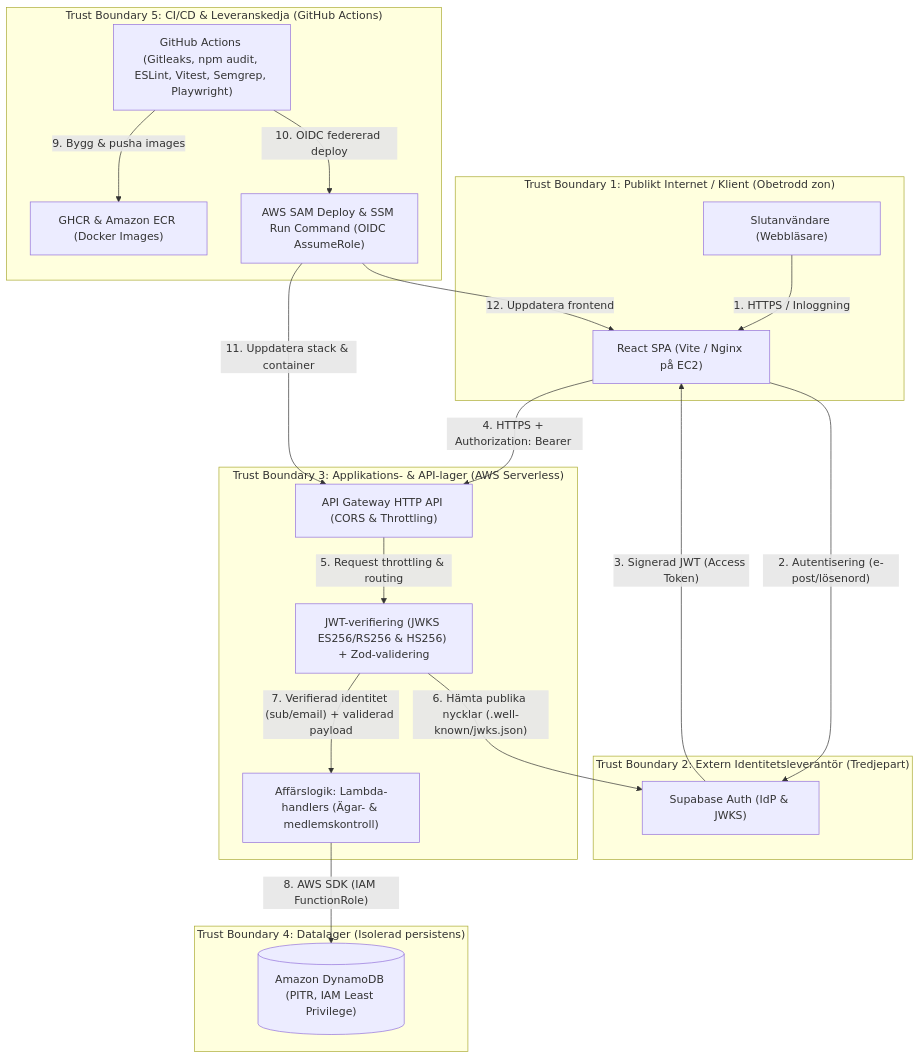
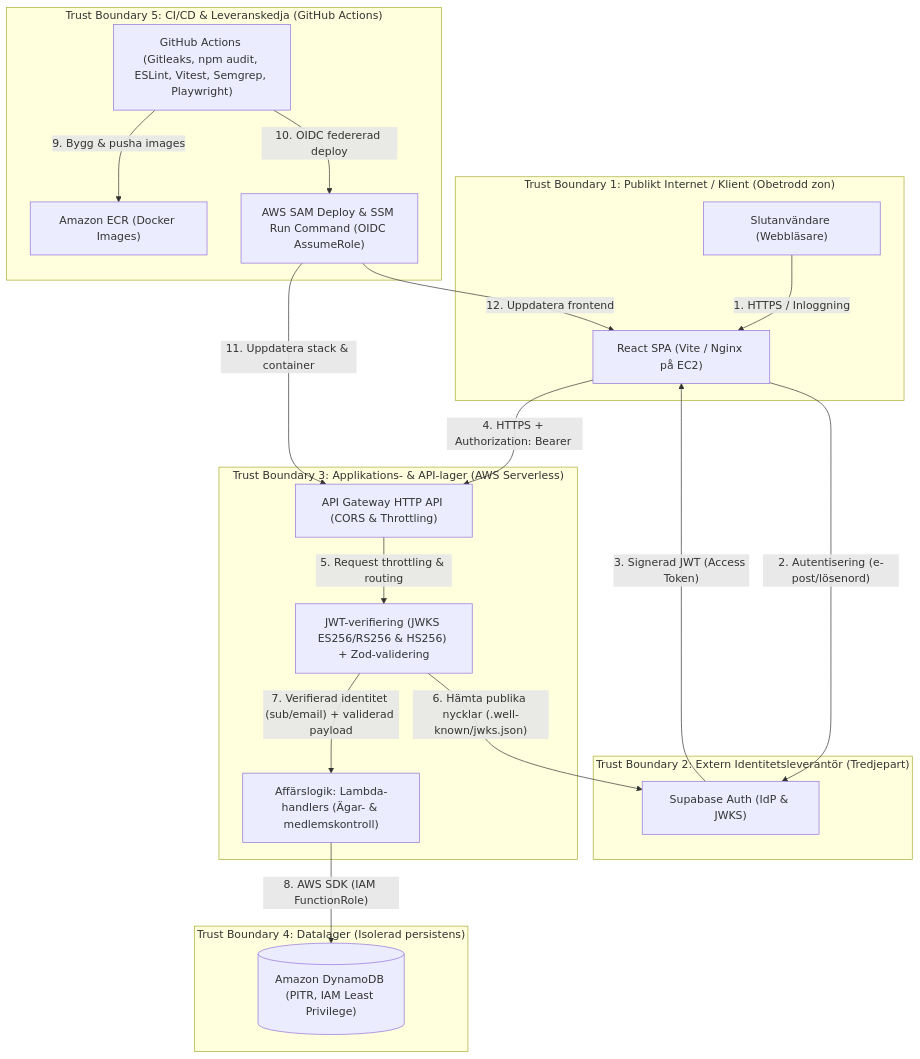
One commit to DannielR98/DevSecOps changed the diagram in SECURITY_ANALYSIS.md. Above: the diagram before and after it, drawn with Mermaid. The commit also changed other lines of this file and 2 other files, not shown here.

Commit message:
refactor: remove Docker deployment steps from CI/CD workflow and update README for clarity

````diff
--- a/SECURITY_ANALYSIS.md
+++ b/SECURITY_ANALYSIS.md
@@ -17,40 +17,40 @@
 ```mermaid
 flowchart TB
     subgraph TB1["Trust Boundary 1: Publikt Internet / Klient (Obetrodd zon)"]
         User["Slutanvändare (Webbläsare)"]
         SPA["React SPA (Vite / Nginx på EC2)"]
     end
 
     subgraph TB2["Trust Boundary 2: Extern Identitetsleverantör (Tredjepart)"]
         SupaAuth["Supabase Auth (IdP & JWKS)"]
     end
 
     subgraph TB3["Trust Boundary 3: Applikations- & API-lager (AWS Serverless)"]
         APIGW["API Gateway HTTP API (CORS & Throttling)"]
         AuthMW["JWT-verifiering (JWKS ES256/RS256 & HS256) + Zod-validering"]
         Handlers["Affärslogik: Lambda-handlers (Ägar- & medlemskontroll)"]
     end
 
     subgraph TB4["Trust Boundary 4: Datalager (Isolerad persistens)"]
         DDB[("Amazon DynamoDB (PITR, IAM Least Privilege)")]
     end
 
     subgraph TB5["Trust Boundary 5: CI/CD & Leveranskedja (GitHub Actions)"]
         GHA["GitHub Actions (Gitleaks, npm audit, ESLint, Vitest, Semgrep, Playwright)"]
-        Registries["GHCR & Amazon ECR (Docker Images)"]
+        Registries["Amazon ECR (Docker Images)"]
         Deploy["AWS SAM Deploy & SSM Run Command (OIDC AssumeRole)"]
     end
 
     User -->|"1. HTTPS / Inloggning"| SPA
     SPA -->|"2. Autentisering (e-post/lösenord)"| SupaAuth
     SupaAuth -->|"3. Signerad JWT (Access Token)"| SPA
     SPA -->|"4. HTTPS + Authorization: Bearer <JWT>"| APIGW
     APIGW -->|"5. Request throttling & routing"| AuthMW
     AuthMW -->|"6. Hämta publika nycklar (.well-known/jwks.json)"| SupaAuth
     AuthMW -->|"7. Verifierad identitet (sub/email) + validerad payload"| Handlers
     Handlers -->|"8. AWS SDK (IAM FunctionRole)"| DDB
     GHA -->|"9. Bygg & pusha images"| Registries
     GHA -->|"10. OIDC federerad deploy"| Deploy
     Deploy -->|"11. Uppdatera stack & container"| APIGW
     Deploy -->|"12. Uppdatera frontend"| SPA
 ```
````
